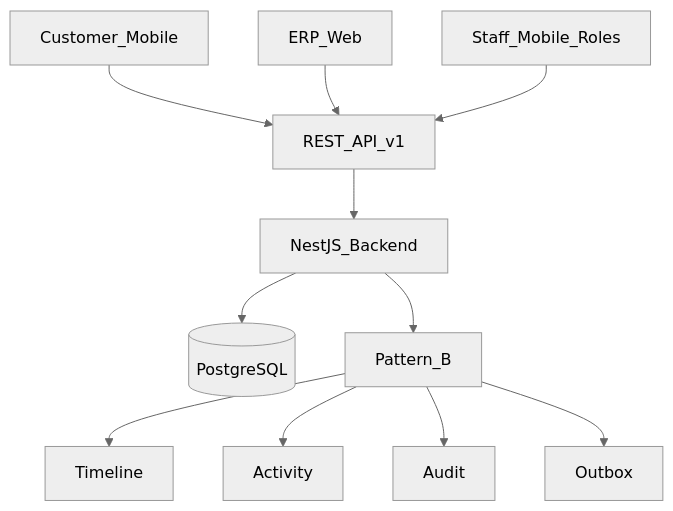
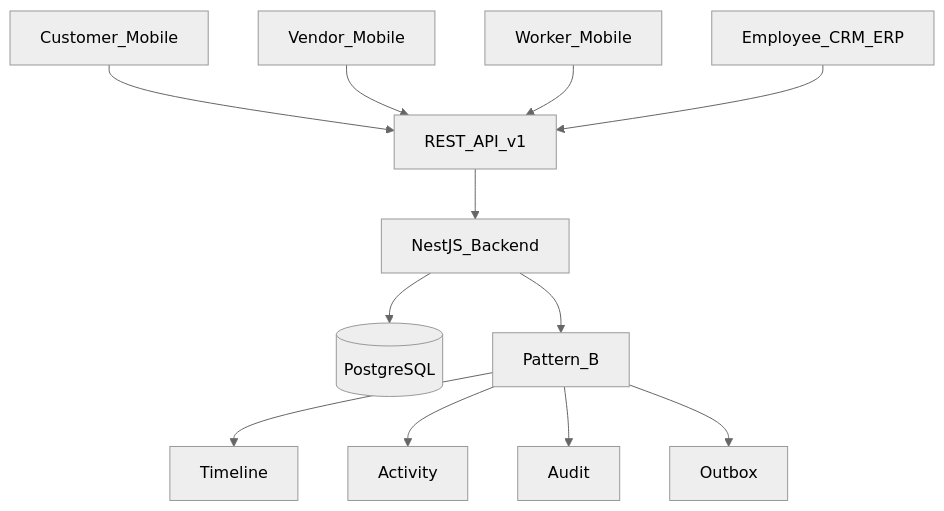
Before and after one commit to mee-events/Mee-Events: the first of 6 diagrams in docs/02-architecture/architecture.md, drawn with Mermaid (neutral theme). The commit also changed other lines of this file and 26 other files, not shown here.

````diff
--- a/docs/02-architecture/architecture.md
+++ b/docs/02-architecture/architecture.md
@@ -33,24 +33,26 @@
 ```mermaid
 flowchart TD
   CustomerApp[Customer_Mobile]
-  ErpWeb[ERP_Web]
-  StaffMobile[Staff_Mobile_Roles]
+  VendorApp[Vendor_Mobile]
+  WorkerApp[Worker_Mobile]
+  ErpWeb[Employee_CRM_ERP]
   Rest[REST_API_v1]
   Nest[NestJS_Backend]
   Pg[(PostgreSQL)]
   PatternB[Pattern_B]
   Audit[Audit]
   Timeline[Timeline]
   Activity[Activity]
   Outbox[Outbox]
   CustomerApp --> Rest
+  VendorApp --> Rest
+  WorkerApp --> Rest
   ErpWeb --> Rest
-  StaffMobile --> Rest
   Rest --> Nest
   Nest --> Pg
   Nest --> PatternB
   PatternB --> Timeline
   PatternB --> Activity
   PatternB --> Audit
   PatternB --> Outbox
 ```
````
